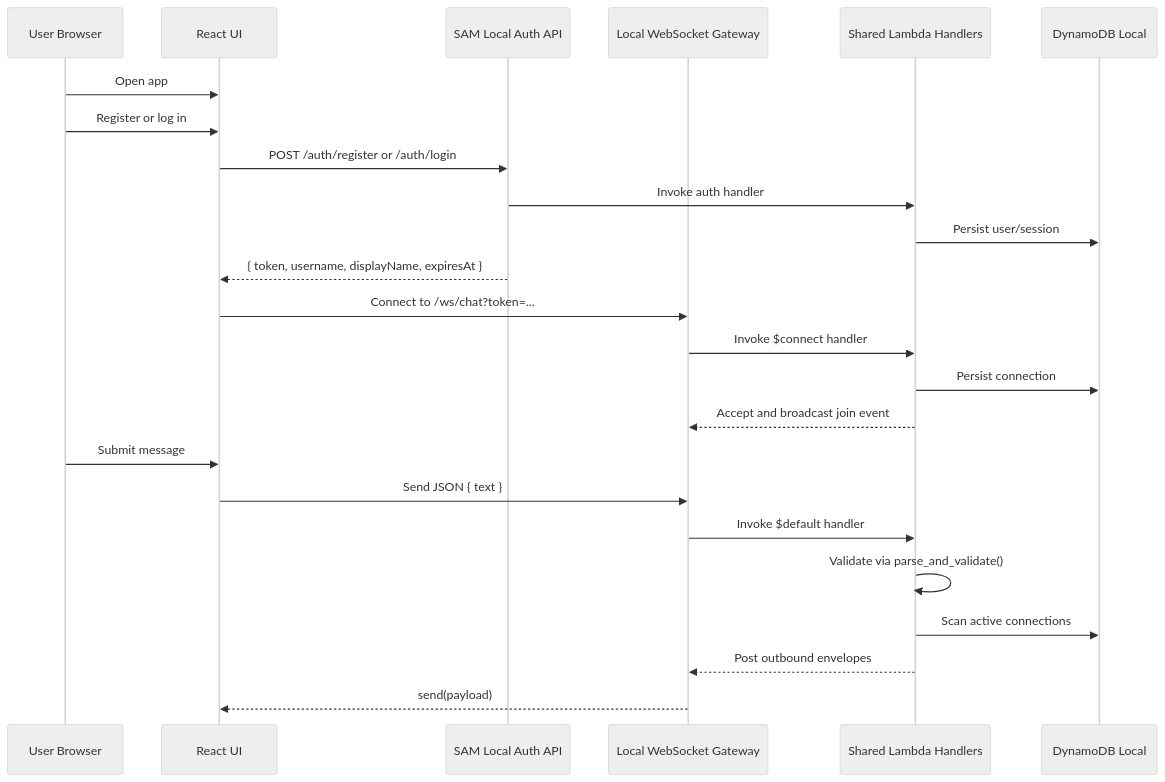
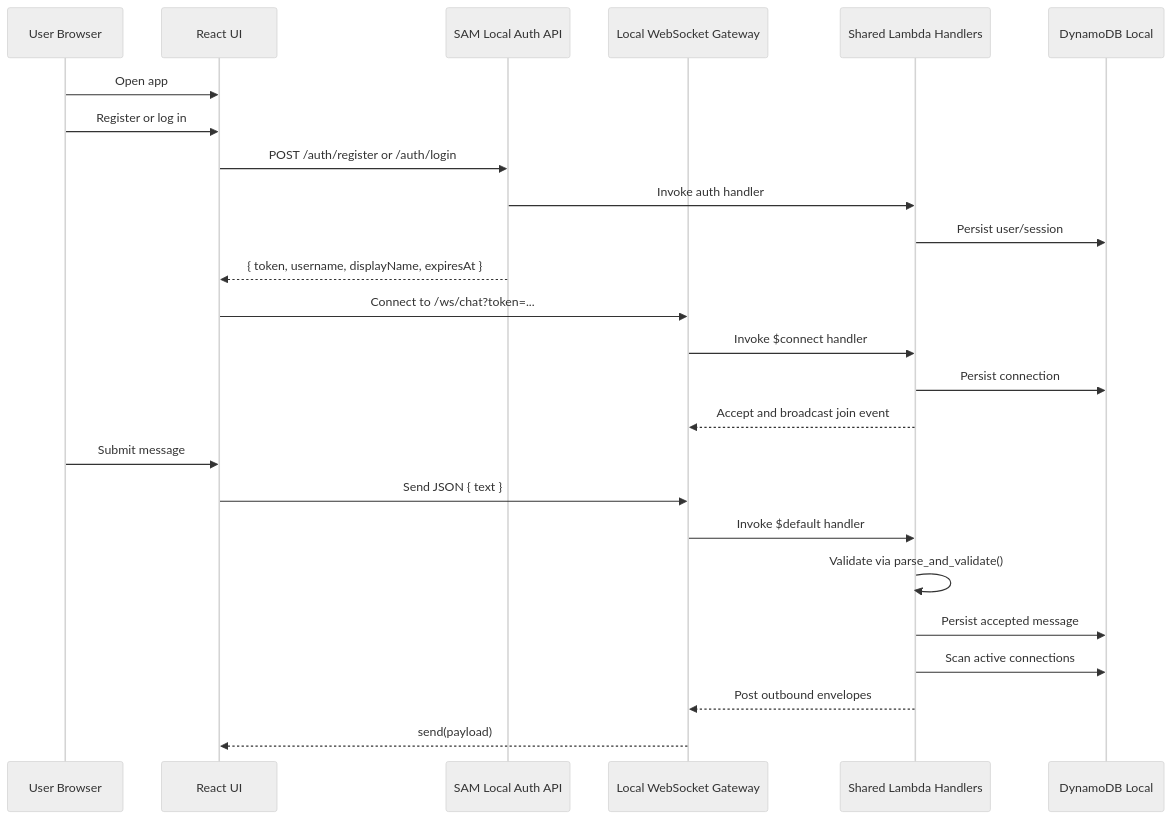
The first of 2 diagrams in arch/data-flow.md (stigmergist/VibeArch), drawn with Mermaid (neutral theme) before and after one commit. The commit also changed other lines of this file and 20 other files, not shown here.

````diff
--- a/arch/data-flow.md
+++ b/arch/data-flow.md
@@ -5,27 +5,28 @@
 ```mermaid
 sequenceDiagram
    participant U as User Browser
    participant F as React UI
    participant A as SAM Local Auth API
    participant G as Local WebSocket Gateway
    participant L as Shared Lambda Handlers
    participant D as DynamoDB Local
 
    U->>F: Open app
    U->>F: Register or log in
    F->>A: POST /auth/register or /auth/login
    A->>L: Invoke auth handler
    L->>D: Persist user/session
    A-->>F: { token, username, displayName, expiresAt }
    F->>G: Connect to /ws/chat?token=...
    G->>L: Invoke $connect handler
    L->>D: Persist connection
    L-->>G: Accept and broadcast join event
    U->>F: Submit message
    F->>G: Send JSON { text }
    G->>L: Invoke $default handler
    L->>L: Validate via parse_and_validate()
+   L->>D: Persist accepted message
    L->>D: Scan active connections
    L-->>G: Post outbound envelopes
    G-->>F: send(payload)
 ```
````
